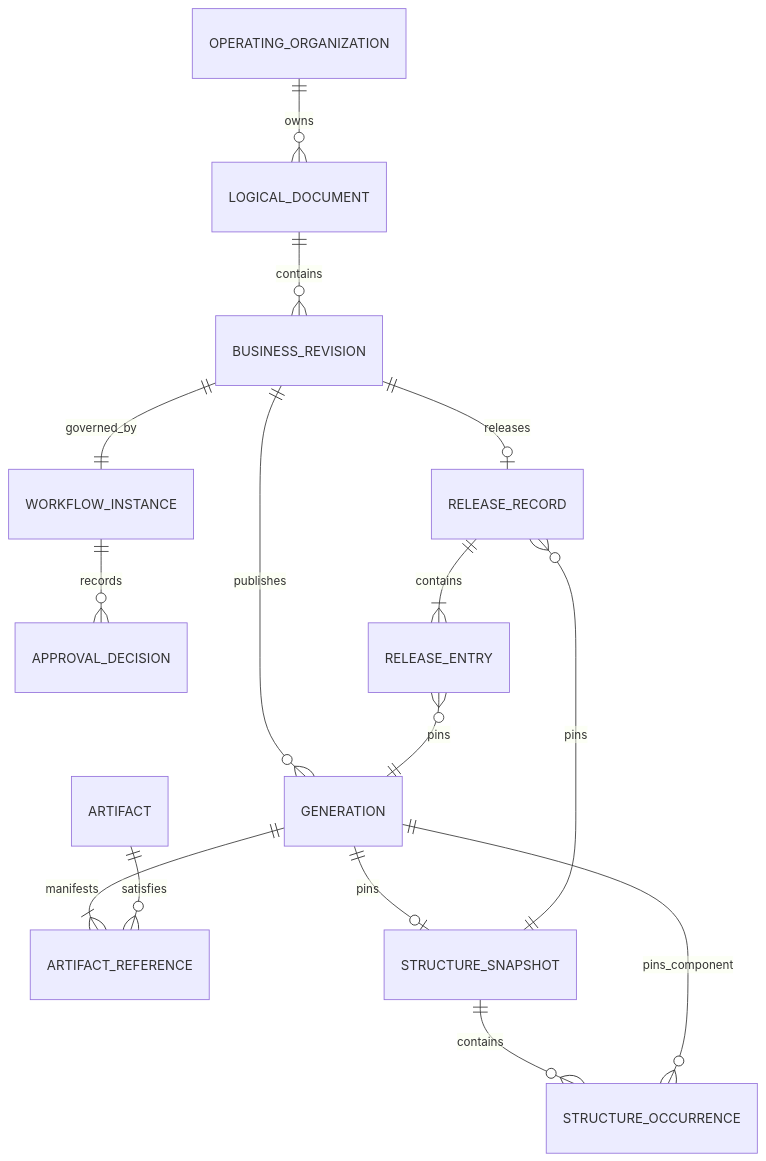
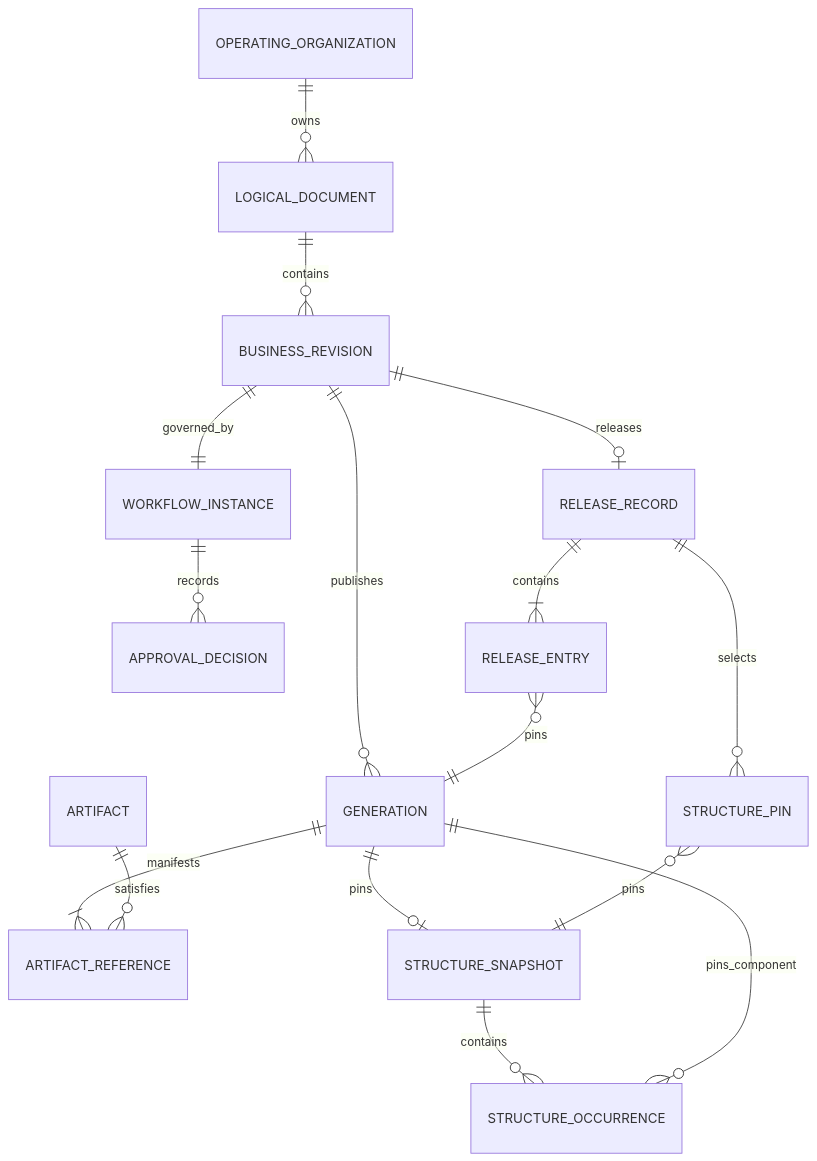
One commit to devphuclam/IDEAEngineering changed the first of 4 diagrams in docs/product/instances/idea-engineering/DOC-06-data-integration-and-migration-specification.md. Above: the diagram before and after it, drawn with Mermaid. The commit also changed other lines of this file and 73 other files, not shown here.

Commit message:
docs: correct architecture custody and audit views

````diff
--- a/docs/product/instances/idea-engineering/DOC-06-data-integration-and-migration-specification.md
+++ b/docs/product/instances/idea-engineering/DOC-06-data-integration-and-migration-specification.md
@@ -92,20 +95,21 @@
 ```mermaid
 erDiagram
     accTitle: Released baseline identity
-    accDescr: An Operating Organization owns Logical Documents, each with Business Revisions and immutable Generations. Generation manifests identify Artifacts and may pin Structure Snapshots. A Release Record pins exact Generations, structure and approval evidence so later Working Heads cannot alter the released baseline.
+    accDescr: An Operating Organization owns Logical Documents, each with Business Revisions and immutable Generations. Generation manifests own Artifact References and may pin Structure Snapshots. A Release Record pins exact Generations and approval evidence, plus zero or more exact Structure Pins only where its Release Policy selects or requires them, so later Working Heads cannot alter the released baseline.
 
     OPERATING_ORGANIZATION ||--o{ LOGICAL_DOCUMENT : owns
     LOGICAL_DOCUMENT ||--o{ BUSINESS_REVISION : contains
     BUSINESS_REVISION ||--o{ GENERATION : publishes
     GENERATION ||--|{ ARTIFACT_REFERENCE : manifests
     ARTIFACT ||--o{ ARTIFACT_REFERENCE : satisfies
     GENERATION ||--o| STRUCTURE_SNAPSHOT : pins
     STRUCTURE_SNAPSHOT ||--o{ STRUCTURE_OCCURRENCE : contains
     STRUCTURE_OCCURRENCE }o--|| GENERATION : pins_component
     BUSINESS_REVISION ||--|| WORKFLOW_INSTANCE : governed_by
     WORKFLOW_INSTANCE ||--o{ APPROVAL_DECISION : records
     BUSINESS_REVISION ||--o| RELEASE_RECORD : releases
     RELEASE_RECORD ||--|{ RELEASE_ENTRY : contains
     RELEASE_ENTRY }o--|| GENERATION : pins
-    RELEASE_RECORD }o--|| STRUCTURE_SNAPSHOT : pins
+    RELEASE_RECORD ||--o{ STRUCTURE_PIN : selects
+    STRUCTURE_PIN }o--|| STRUCTURE_SNAPSHOT : pins
 ```
````
